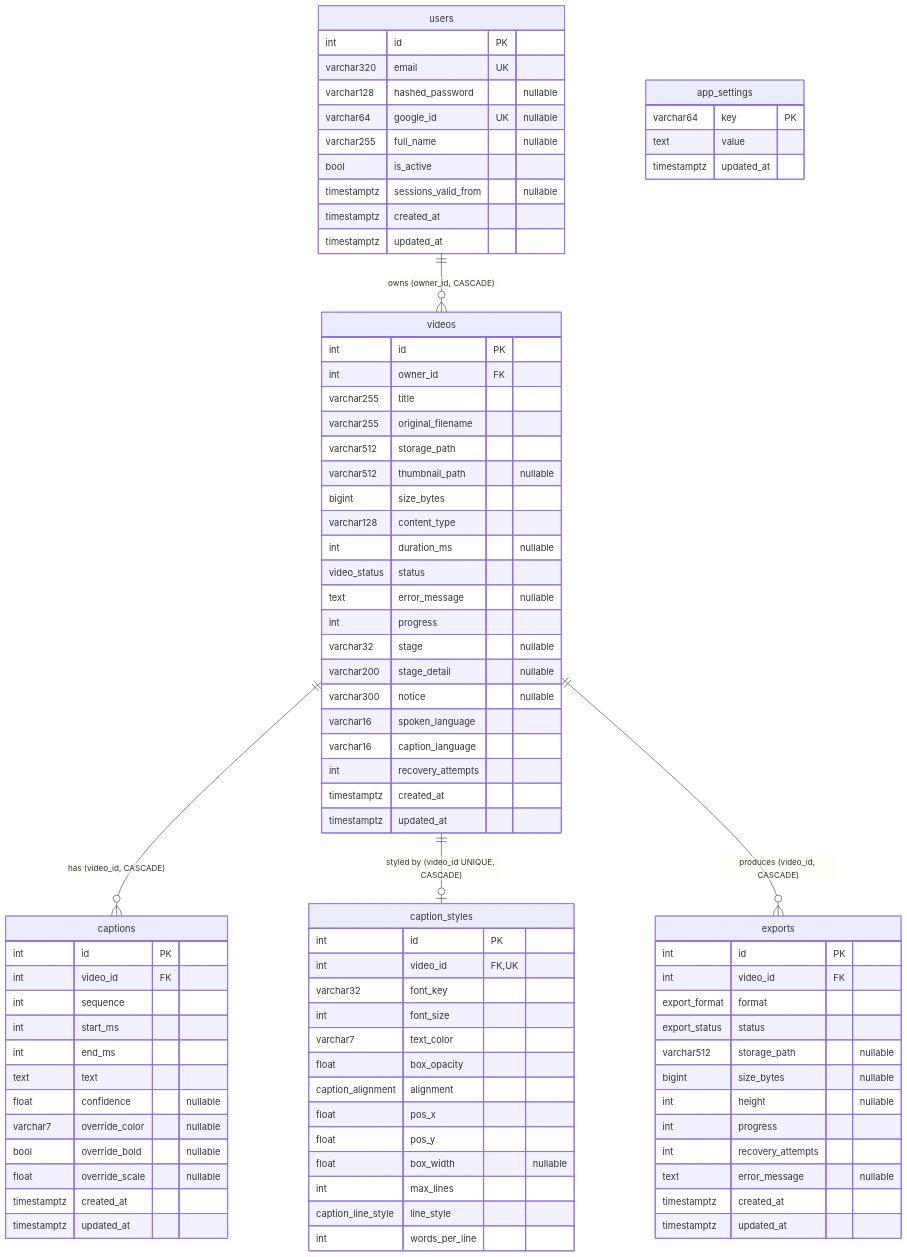
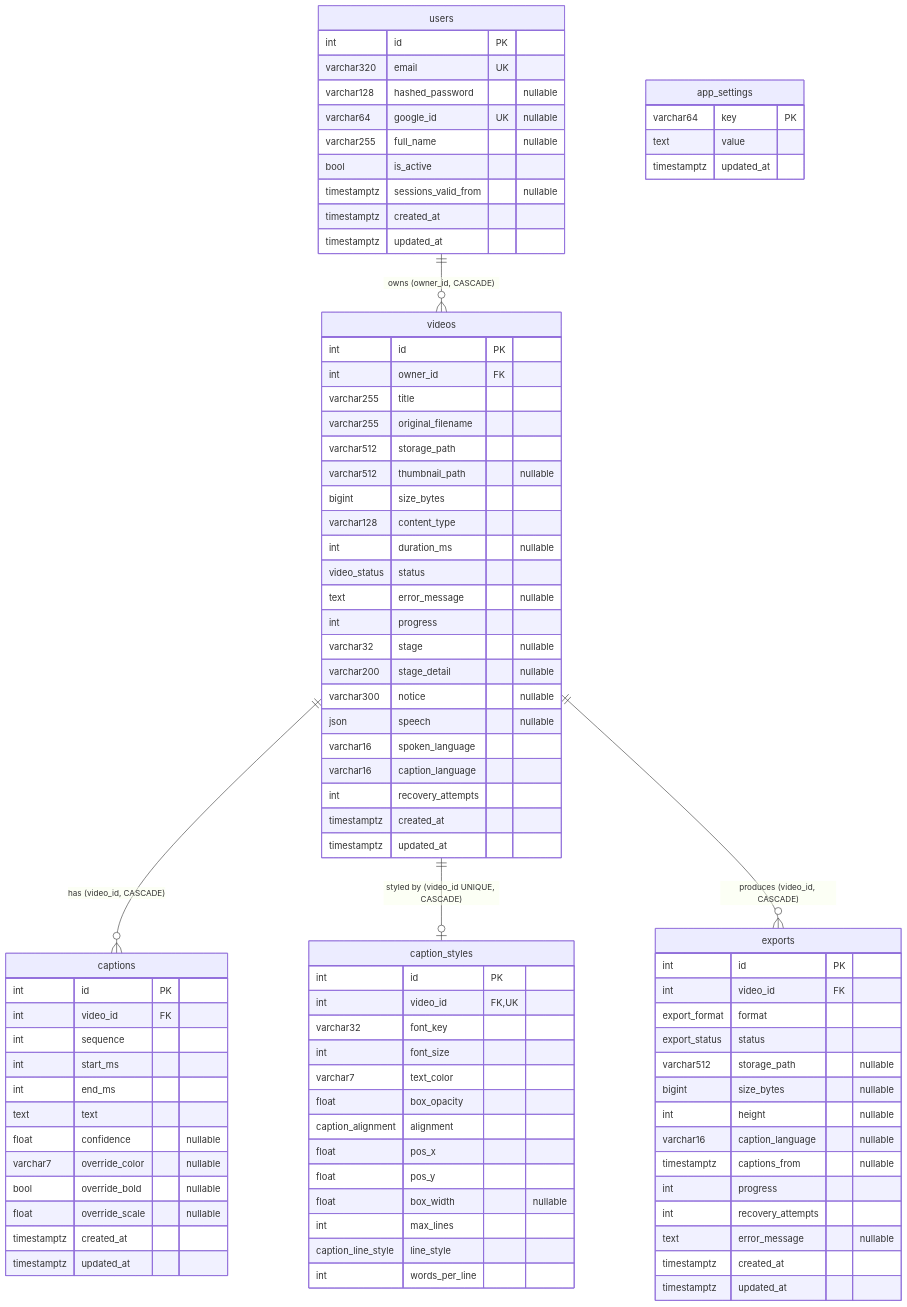
Before and after one commit to Tanush1206/Video-Caption-Maker: the diagram in docs/DATABASE.md, drawn with Mermaid. The commit also changed other lines of this file and 4 other files, not shown here.

Commit message:
docs: export languages, phrasing and timing rules (PRD, architecture, data, API)

```diff
--- a/docs/DATABASE.md
+++ b/docs/DATABASE.md
@@ -96,6 +96,7 @@
         varchar32 stage "nullable"
         varchar200 stage_detail "nullable"
         varchar300 notice "nullable"
+        json speech "nullable"
         varchar16 spoken_language
         varchar16 caption_language
         int recovery_attempts
@@ -139,6 +140,8 @@
         varchar512 storage_path "nullable"
         bigint size_bytes "nullable"
         int height "nullable"
+        varchar16 caption_language "nullable"
+        timestamptz captions_from "nullable"
         int progress
         int recovery_attempts
         text error_message "nullable"
```
